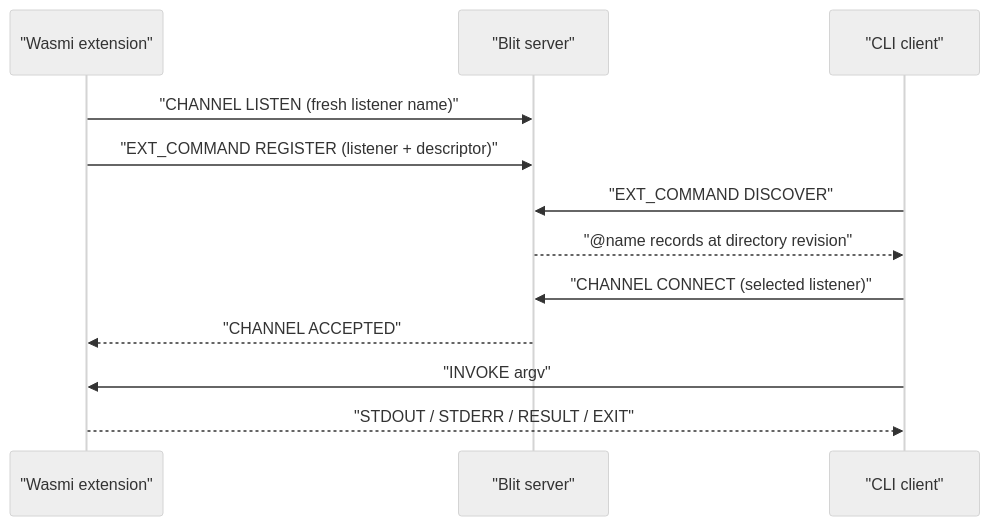
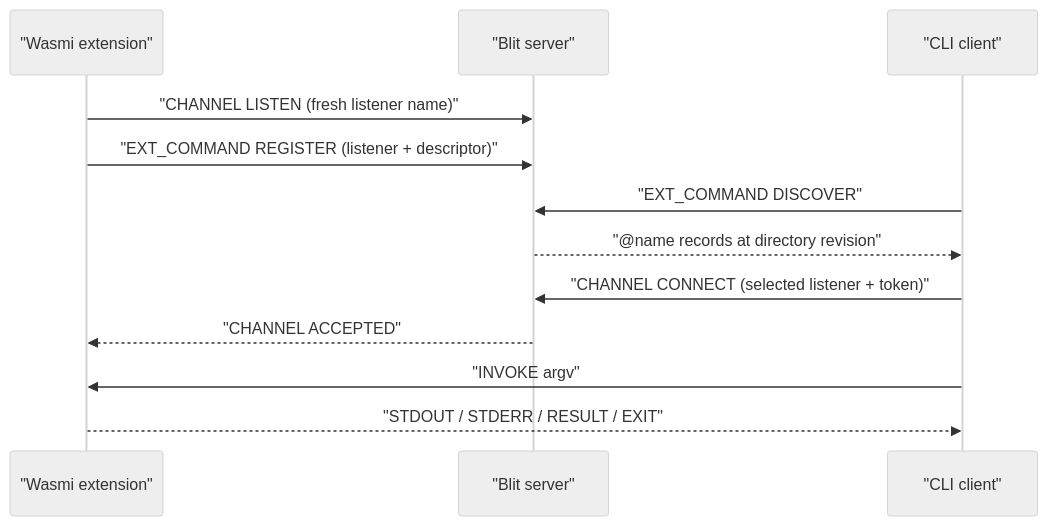
The second of 2 diagrams in docs/design/extensions.md (indent-com/blit), drawn with Mermaid (neutral theme) before and after one commit. The commit also changed other lines of this file and 26 other files, not shown here.

Commit message:
docs: address extension RFC architecture review

````diff
--- a/docs/design/extensions.md
+++ b/docs/design/extensions.md
@@ -1158,14 +1917,14 @@
 ```mermaid
 sequenceDiagram
     participant E as "Wasmi extension"
     participant S as "Blit server"
     participant C as "CLI client"
     E->>S: "CHANNEL LISTEN (fresh listener name)"
     E->>S: "EXT_COMMAND REGISTER (listener + descriptor)"
     C->>S: "EXT_COMMAND DISCOVER"
     S-->>C: "@name records at directory revision"
-    C->>S: "CHANNEL CONNECT (selected listener)"
+    C->>S: "CHANNEL CONNECT (selected listener + token)"
     S-->>E: "CHANNEL ACCEPTED"
     C->>E: "INVOKE argv"
     E-->>C: "STDOUT / STDERR / RESULT / EXIT"
 ```
````
